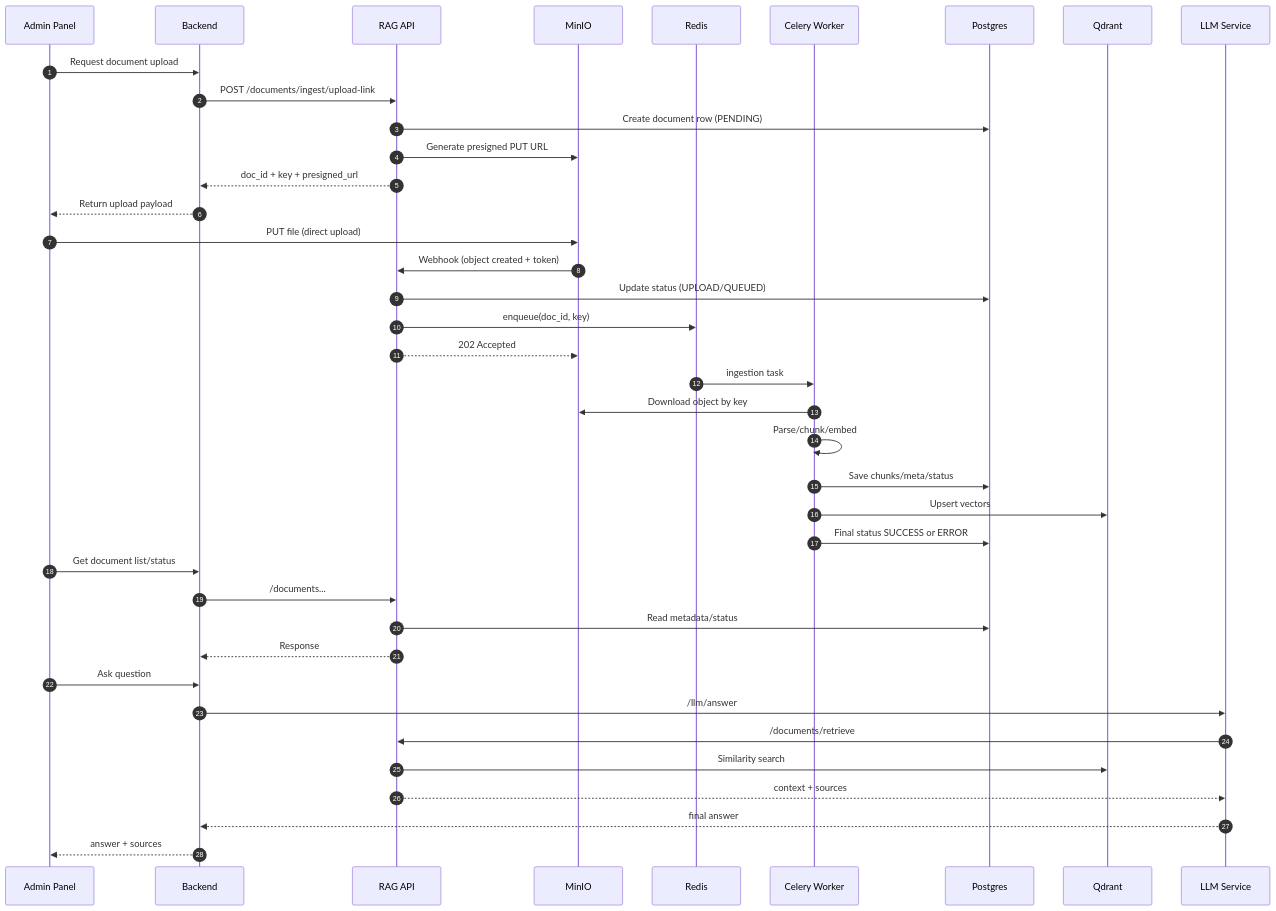
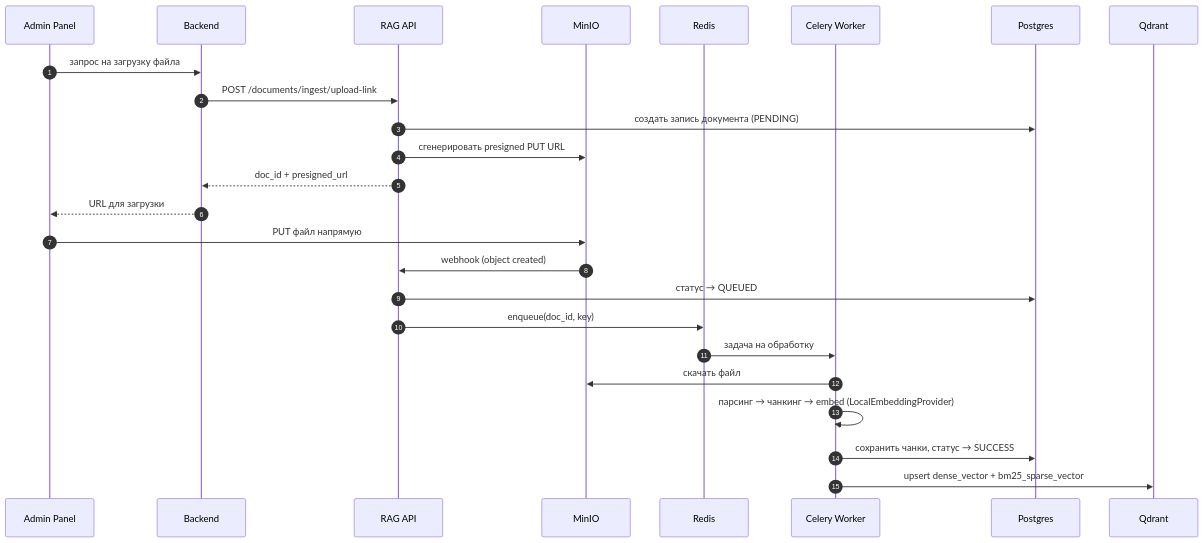
The second of 3 diagrams in README.md (VladislavKiseliov/RAG), drawn with Mermaid before and after one commit. The commit also changed other lines of this file and 1 other file, not shown here.

````diff
--- a/README.md
+++ b/README.md
@@ -100,46 +54,30 @@
 ```mermaid
 sequenceDiagram
     autonumber
     participant Admin as Admin Panel
     participant BE as Backend
     participant RAG as RAG API
     participant S3 as MinIO
-    participant Redis as Redis
+    participant Redis
     participant W as Celery Worker
     participant PG as Postgres
     participant Q as Qdrant
-    participant LLM as LLM Service
 
-    Admin->>BE: Request document upload
+    Admin->>BE: запрос на загрузку файла
     BE->>RAG: POST /documents/ingest/upload-link
-    RAG->>PG: Create document row (PENDING)
-    RAG->>S3: Generate presigned PUT URL
-    RAG-->>BE: doc_id + key + presigned_url
-    BE-->>Admin: Return upload payload
+    RAG->>PG: создать запись документа (PENDING)
+    RAG->>S3: сгенерировать presigned PUT URL
+    RAG-->>BE: doc_id + presigned_url
+    BE-->>Admin: URL для загрузки
 
-    Admin->>S3: PUT file (direct upload)
-    S3->>RAG: Webhook (object created + token)
-    RAG->>PG: Update status (UPLOAD/QUEUED)
+    Admin->>S3: PUT файл напрямую
+    S3->>RAG: webhook (object created)
+    RAG->>PG: статус → QUEUED
     RAG->>Redis: enqueue(doc_id, key)
-    RAG-->>S3: 202 Accepted
 
-    Redis->>W: ingestion task
-    W->>S3: Download object by key
-    W->>W: Parse/chunk/embed
-    W->>PG: Save chunks/meta/status
-    W->>Q: Upsert vectors
-    W->>PG: Final status SUCCESS or ERROR
-
-    Admin->>BE: Get document list/status
-    BE->>RAG: /documents...
-    RAG->>PG: Read metadata/status
-    RAG-->>BE: Response
-
-    Admin->>BE: Ask question
-    BE->>LLM: /llm/answer
-    LLM->>RAG: /documents/retrieve
-    RAG->>Q: Similarity search
-    RAG-->>LLM: context + sources
-    LLM-->>BE: final answer
-    BE-->>Admin: answer + sources
+    Redis->>W: задача на обработку
+    W->>S3: скачать файл
+    W->>W: парсинг → чанкинг → embed (LocalEmbeddingProvider)
+    W->>PG: сохранить чанки, статус → SUCCESS
+    W->>Q: upsert dense_vector + bm25_sparse_vector
 ```
````
